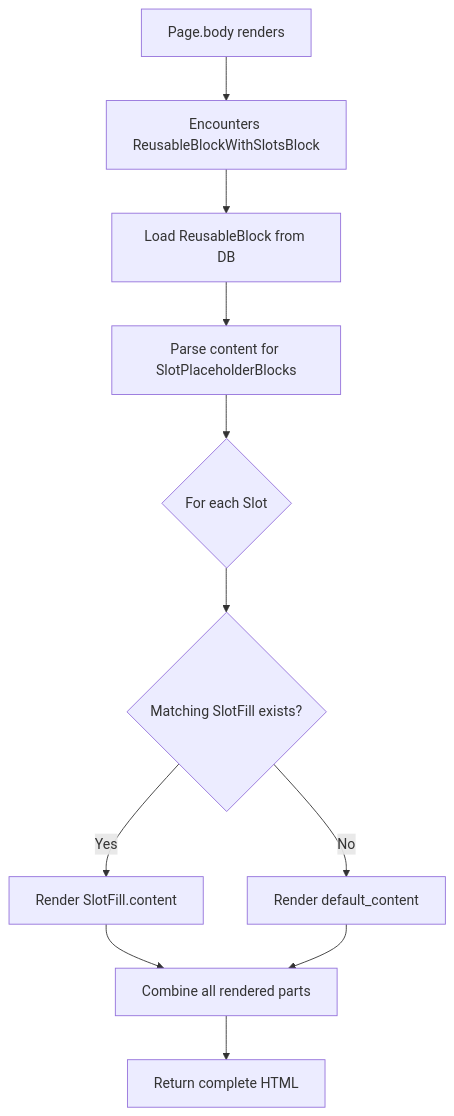
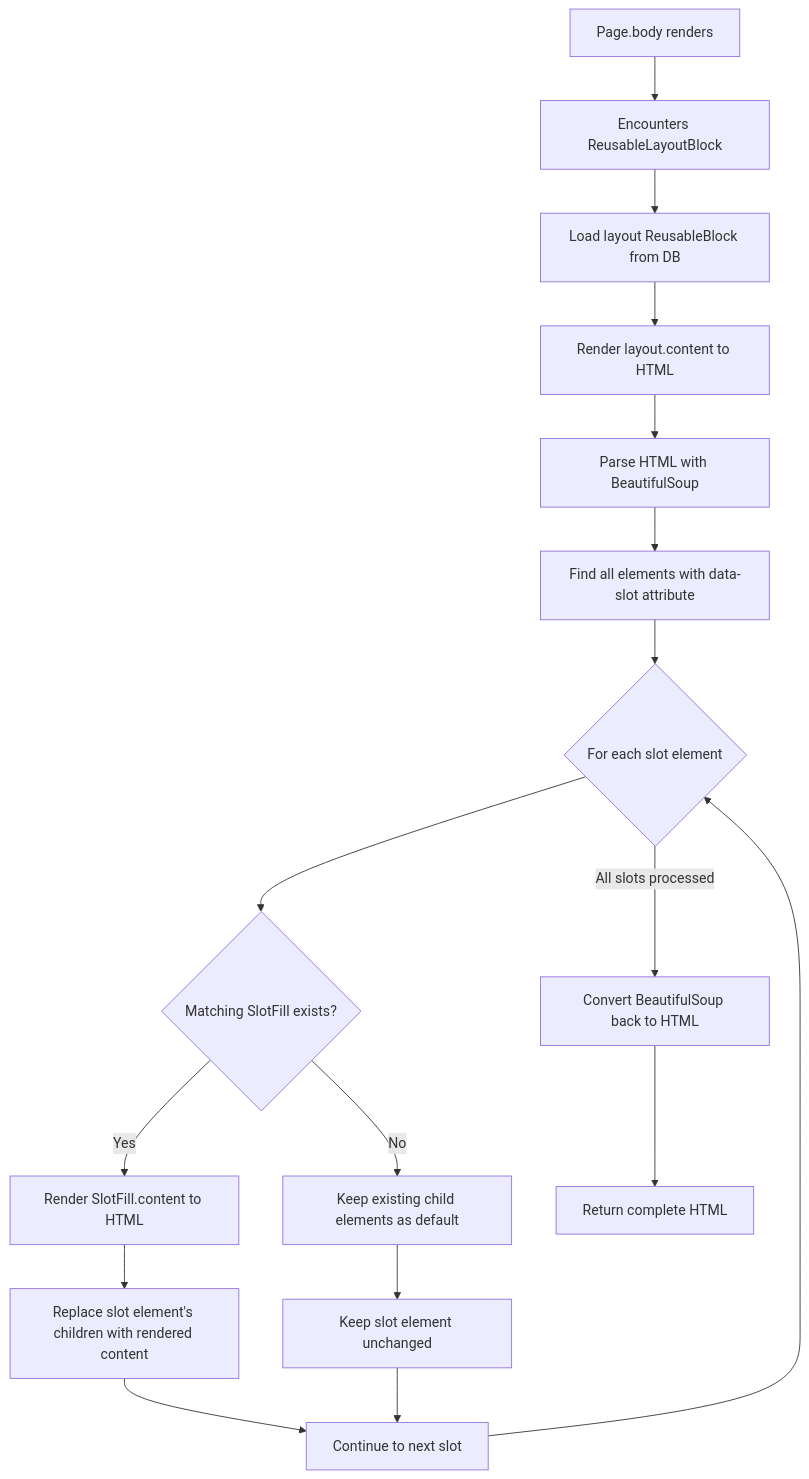
Before and after one commit to kkm-horikawa/wagtail-reusable-blocks: the fourth of 7 diagrams in docs/ARCHITECTURE.md, drawn with Mermaid. The commit also changed other lines of this file and 3 other files, not shown here.

````diff
--- a/docs/ARCHITECTURE.md
+++ b/docs/ARCHITECTURE.md
@@ -153,13 +161,19 @@
 ```mermaid
 flowchart TD
-    A["Page.body renders"] --> B["Encounters ReusableBlockWithSlotsBlock"]
-    B --> C["Load ReusableBlock from DB"]
-    C --> D["Parse content for SlotPlaceholderBlocks"]
-    D --> E{"For each Slot"}
-    E --> F{"Matching SlotFill exists?"}
-    F -->|"Yes"| G["Render SlotFill.content"]
-    F -->|"No"| H["Render default_content"]
-    G --> I["Combine all rendered parts"]
-    H --> I
-    I --> J["Return complete HTML"]
+    A["Page.body renders"] --> B["Encounters ReusableLayoutBlock"]
+    B --> C["Load layout ReusableBlock from DB"]
+    C --> D["Render layout.content to HTML"]
+    D --> E["Parse HTML with BeautifulSoup"]
+    E --> F["Find all elements with data-slot attribute"]
+    F --> G{"For each slot element"}
+    G --> H{"Matching SlotFill exists?"}
+    H -->|"Yes"| I["Render SlotFill.content to HTML"]
+    H -->|"No"| J["Keep existing child elements as default"]
+    I --> K["Replace slot element's children with rendered content"]
+    J --> L["Keep slot element unchanged"]
+    K --> M["Continue to next slot"]
+    L --> M
+    M --> G
+    G -->|"All slots processed"| N["Convert BeautifulSoup back to HTML"]
+    N --> O["Return complete HTML"]
 ```
````
